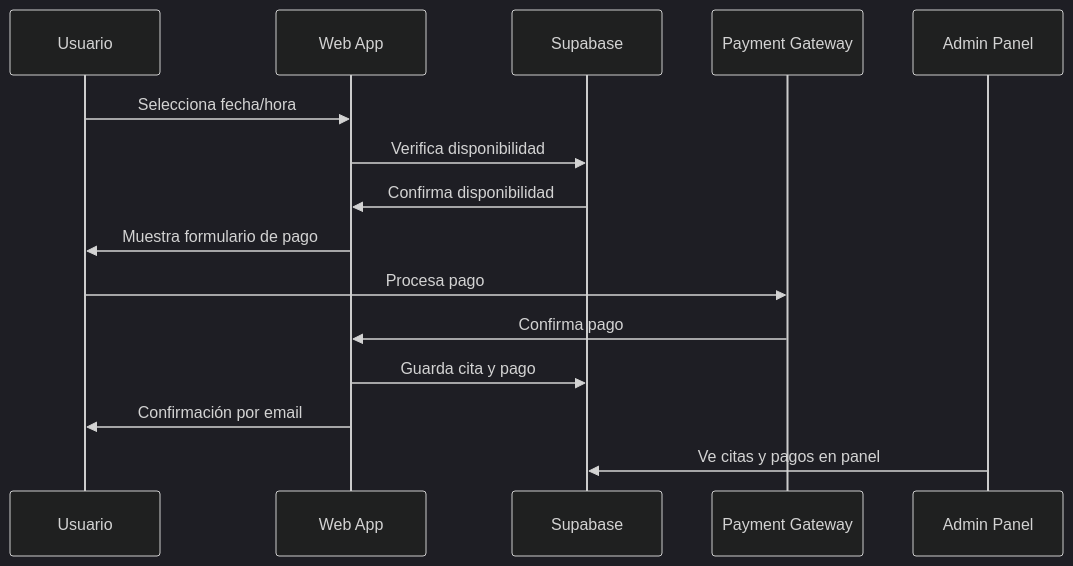
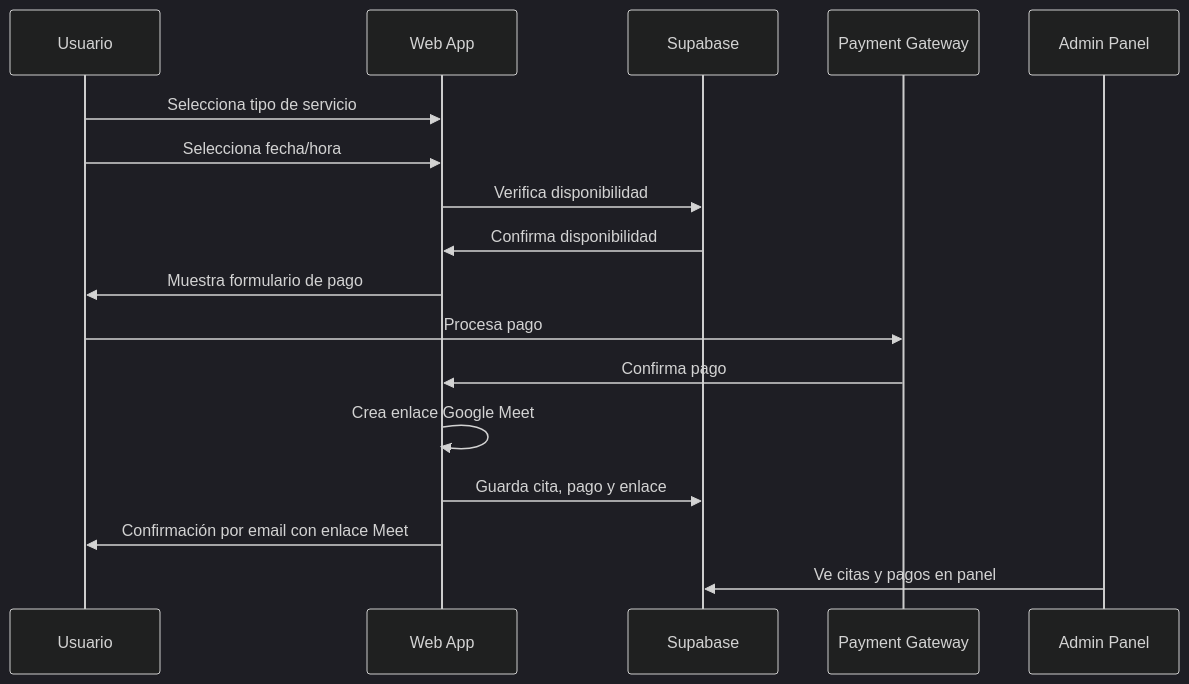
The second of 3 diagrams in README.md (miguelfiguera/PropuestaPsicoElia), drawn with Mermaid (dark theme) before and after one commit. The commit also changed other lines of this file, not shown here.

````diff
--- a/README.md
+++ b/README.md
@@ -112,18 +144,20 @@
 ```mermaid
 sequenceDiagram
     participant U as Usuario
     participant W as Web App
     participant DB as Supabase
     participant PG as Payment Gateway
     participant A as Admin Panel
 
+    U->>W: Selecciona tipo de servicio
     U->>W: Selecciona fecha/hora
     W->>DB: Verifica disponibilidad
     DB->>W: Confirma disponibilidad
     W->>U: Muestra formulario de pago
     U->>PG: Procesa pago
     PG->>W: Confirma pago
-    W->>DB: Guarda cita y pago
-    W->>U: Confirmación por email
+    W->>W: Crea enlace Google Meet
+    W->>DB: Guarda cita, pago y enlace
+    W->>U: Confirmación por email con enlace Meet
     A->>DB: Ve citas y pagos en panel
 ```
````
